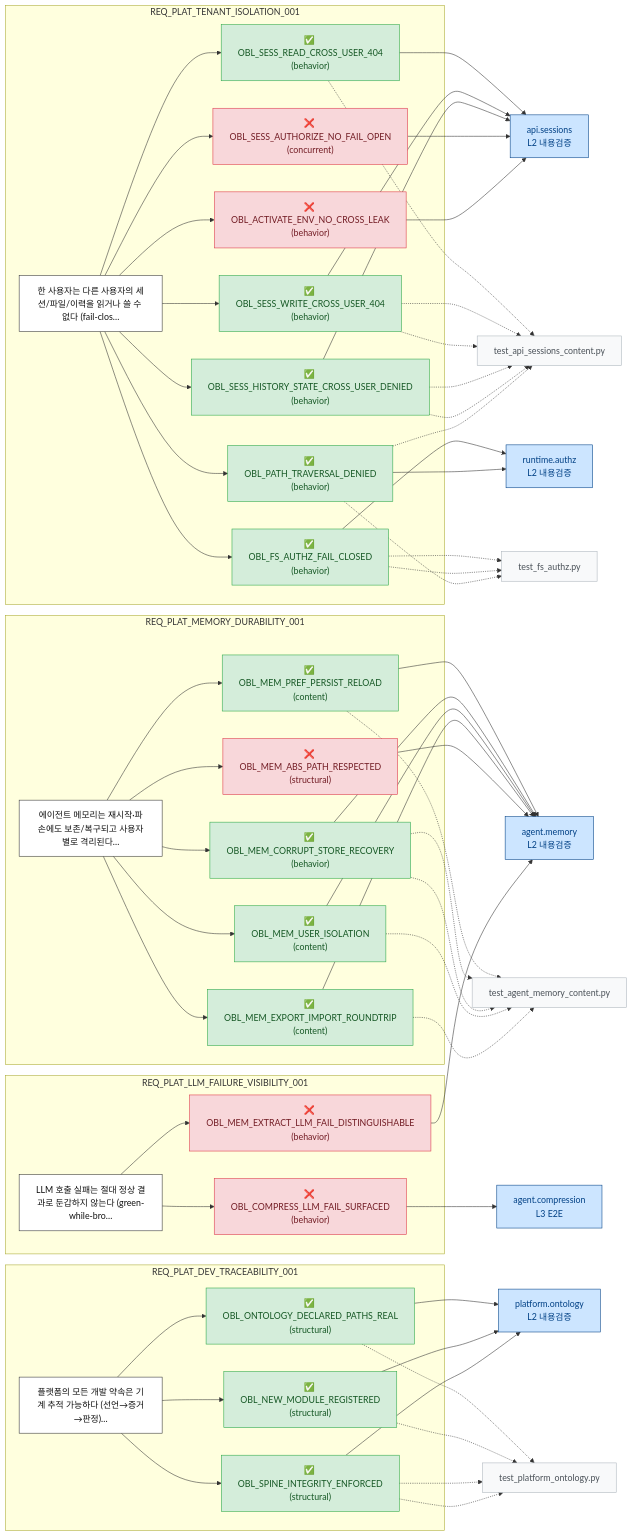
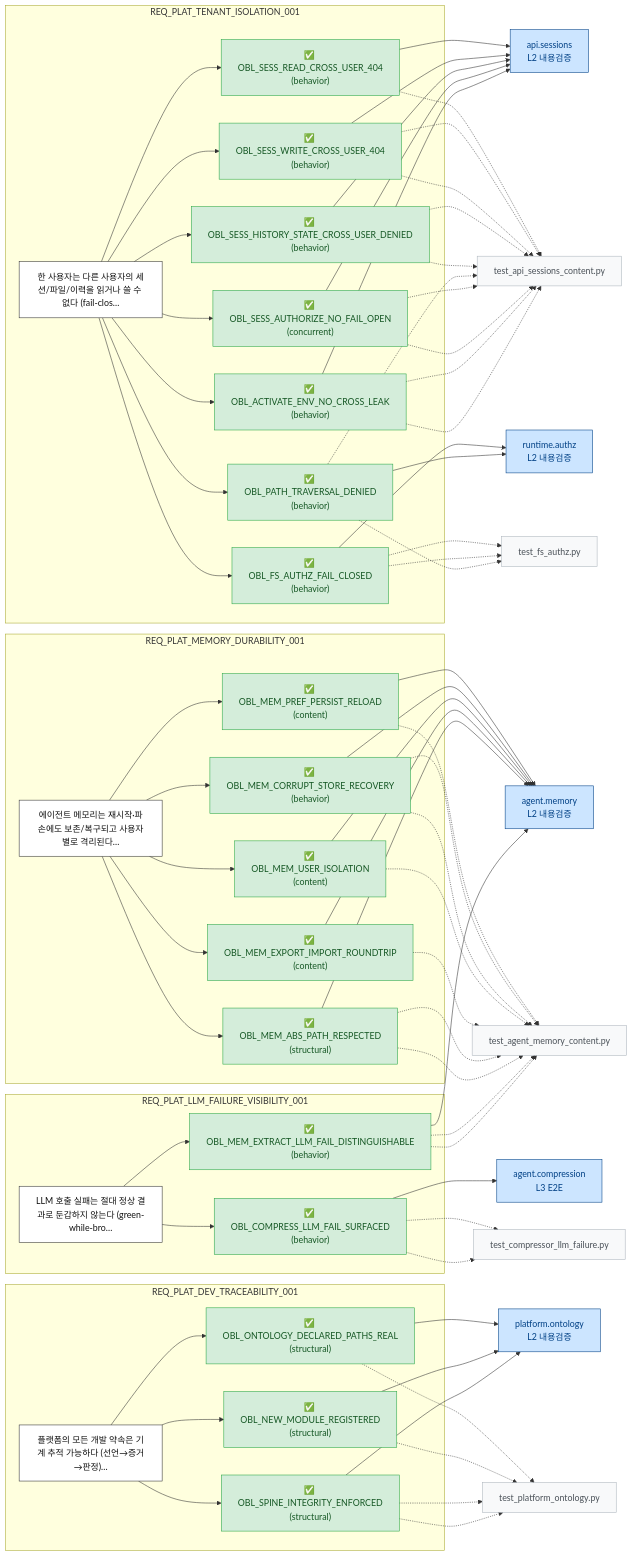
Before and after one commit to together2329/brian_hw: the first of 2 diagrams in common_ai_agent/doc/wiki/platform-ontology-graph.md, drawn with Mermaid. The commit also changed other lines of this file and 2 other files, not shown here.

Commit message:
chore(ontology): refuted 5건 → closed 전환 + 재검증 attestation 갱신 — spine 17/17, backlog 0
evidence: memory 2건 @d8924d51, compression @c319da37, sessions 2건 @78685249.
수정 커밋으로 stale 강등된 기존 증거 11건은 129+54 tests 재검증 후 갱신.

````diff
--- a/common_ai_agent/doc/wiki/platform-ontology-graph.md
+++ b/common_ai_agent/doc/wiki/platform-ontology-graph.md
@@ -30,9 +30,9 @@
     REQ_PLAT_TENANT_ISOLATION_001 --> OBL_FS_AUTHZ_FAIL_CLOSED
     OBL_PATH_TRAVERSAL_DENIED["✅ OBL_PATH_TRAVERSAL_DENIED<br/>(behavior)"]:::closed
     REQ_PLAT_TENANT_ISOLATION_001 --> OBL_PATH_TRAVERSAL_DENIED
-    OBL_SESS_AUTHORIZE_NO_FAIL_OPEN["❌ OBL_SESS_AUTHORIZE_NO_FAIL_OPEN<br/>(concurrent)"]:::refuted
+    OBL_SESS_AUTHORIZE_NO_FAIL_OPEN["✅ OBL_SESS_AUTHORIZE_NO_FAIL_OPEN<br/>(concurrent)"]:::closed
     REQ_PLAT_TENANT_ISOLATION_001 --> OBL_SESS_AUTHORIZE_NO_FAIL_OPEN
-    OBL_ACTIVATE_ENV_NO_CROSS_LEAK["❌ OBL_ACTIVATE_ENV_NO_CROSS_LEAK<br/>(behavior)"]:::refuted
+    OBL_ACTIVATE_ENV_NO_CROSS_LEAK["✅ OBL_ACTIVATE_ENV_NO_CROSS_LEAK<br/>(behavior)"]:::closed
     REQ_PLAT_TENANT_ISOLATION_001 --> OBL_ACTIVATE_ENV_NO_CROSS_LEAK
   end
   subgraph SG_REQ_PLAT_MEMORY_DURABILITY_001["REQ_PLAT_MEMORY_DURABILITY_001"]
@@ -45,14 +45,14 @@
     REQ_PLAT_MEMORY_DURABILITY_001 --> OBL_MEM_USER_ISOLATION
     OBL_MEM_EXPORT_IMPORT_ROUNDTRIP["✅ OBL_MEM_EXPORT_IMPORT_ROUNDTRIP<br/>(content)"]:::closed
     REQ_PLAT_MEMORY_DURABILITY_001 --> OBL_MEM_EXPORT_IMPORT_ROUNDTRIP
-    OBL_MEM_ABS_PATH_RESPECTED["❌ OBL_MEM_ABS_PATH_RESPECTED<br/>(structural)"]:::refuted
+    OBL_MEM_ABS_PATH_RESPECTED["✅ OBL_MEM_ABS_PATH_RESPECTED<br/>(structural)"]:::closed
     REQ_PLAT_MEMORY_DURABILITY_001 --> OBL_MEM_ABS_PATH_RESPECTED
   end
   subgraph SG_REQ_PLAT_LLM_FAILURE_VISIBILITY_001["REQ_PLAT_LLM_FAILURE_VISIBILITY_001"]
     REQ_PLAT_LLM_FAILURE_VISIBILITY_001["LLM 호출 실패는 절대 정상 결과로 둔갑하지 않는다 (green-while-bro…"]:::req
-    OBL_MEM_EXTRACT_LLM_FAIL_DISTINGUISHABLE["❌ OBL_MEM_EXTRACT_LLM_FAIL_DISTINGUISHABLE<br/>(behavior)"]:::refuted
+    OBL_MEM_EXTRACT_LLM_FAIL_DISTINGUISHABLE["✅ OBL_MEM_EXTRACT_LLM_FAIL_DISTINGUISHABLE<br/>(behavior)"]:::closed
     REQ_PLAT_LLM_FAILURE_VISIBILITY_001 --> OBL_MEM_EXTRACT_LLM_FAIL_DISTINGUISHABLE
-    OBL_COMPRESS_LLM_FAIL_SURFACED["❌ OBL_COMPRESS_LLM_FAIL_SURFACED<br/>(behavior)"]:::refuted
+    OBL_COMPRESS_LLM_FAIL_SURFACED["✅ OBL_COMPRESS_LLM_FAIL_SURFACED<br/>(behavior)"]:::closed
     REQ_PLAT_LLM_FAILURE_VISIBILITY_001 --> OBL_COMPRESS_LLM_FAIL_SURFACED
   end
   subgraph SG_REQ_PLAT_DEV_TRACEABILITY_001["REQ_PLAT_DEV_TRACEABILITY_001"]
@@ -84,7 +84,11 @@
   OBL_PATH_TRAVERSAL_DENIED -.-> E_1
   OBL_PATH_TRAVERSAL_DENIED -.-> E_0
   OBL_SESS_AUTHORIZE_NO_FAIL_OPEN --> U_api_sessions
+  OBL_SESS_AUTHORIZE_NO_FAIL_OPEN -.-> E_0
+  OBL_SESS_AUTHORIZE_NO_FAIL_OPEN -.-> E_0
   OBL_ACTIVATE_ENV_NO_CROSS_LEAK --> U_api_sessions
+  OBL_ACTIVATE_ENV_NO_CROSS_LEAK -.-> E_0
+  OBL_ACTIVATE_ENV_NO_CROSS_LEAK -.-> E_0
   OBL_MEM_PREF_PERSIST_RELOAD --> U_agent_memory
   OBL_MEM_PREF_PERSIST_RELOAD -.-> E_2
   OBL_MEM_CORRUPT_STORE_RECOVERY --> U_agent_memory
@@ -95,17 +99,24 @@
   OBL_MEM_EXPORT_IMPORT_ROUNDTRIP --> U_agent_memory
   OBL_MEM_EXPORT_IMPORT_ROUNDTRIP -.-> E_2
   OBL_MEM_ABS_PATH_RESPECTED --> U_agent_memory
+  OBL_MEM_ABS_PATH_RESPECTED -.-> E_2
+  OBL_MEM_ABS_PATH_RESPECTED -.-> E_2
   OBL_MEM_EXTRACT_LLM_FAIL_DISTINGUISHABLE --> U_agent_memory
+  OBL_MEM_EXTRACT_LLM_FAIL_DISTINGUISHABLE -.-> E_2
+  OBL_MEM_EXTRACT_LLM_FAIL_DISTINGUISHABLE -.-> E_2
   OBL_COMPRESS_LLM_FAIL_SURFACED --> U_agent_compression
+  OBL_COMPRESS_LLM_FAIL_SURFACED -.-> E_3
+  OBL_COMPRESS_LLM_FAIL_SURFACED -.-> E_3
   OBL_ONTOLOGY_DECLARED_PATHS_REAL --> U_platform_ontology
-  OBL_ONTOLOGY_DECLARED_PATHS_REAL -.-> E_3
+  OBL_ONTOLOGY_DECLARED_PATHS_REAL -.-> E_4
   OBL_NEW_MODULE_REGISTERED --> U_platform_ontology
-  OBL_NEW_MODULE_REGISTERED -.-> E_3
+  OBL_NEW_MODULE_REGISTERED -.-> E_4
   OBL_SPINE_INTEGRITY_ENFORCED --> U_platform_ontology
-  OBL_SPINE_INTEGRITY_ENFORCED -.-> E_3
-  OBL_SPINE_INTEGRITY_ENFORCED -.-> E_3
+  OBL_SPINE_INTEGRITY_ENFORCED -.-> E_4
+  OBL_SPINE_INTEGRITY_ENFORCED -.-> E_4
   E_0["test_api_sessions_content.py"]:::ev
   E_1["test_fs_authz.py"]:::ev
   E_2["test_agent_memory_content.py"]:::ev
-  E_3["test_platform_ontology.py"]:::ev
+  E_3["test_compressor_llm_failure.py"]:::ev
+  E_4["test_platform_ontology.py"]:::ev
 ```
````
